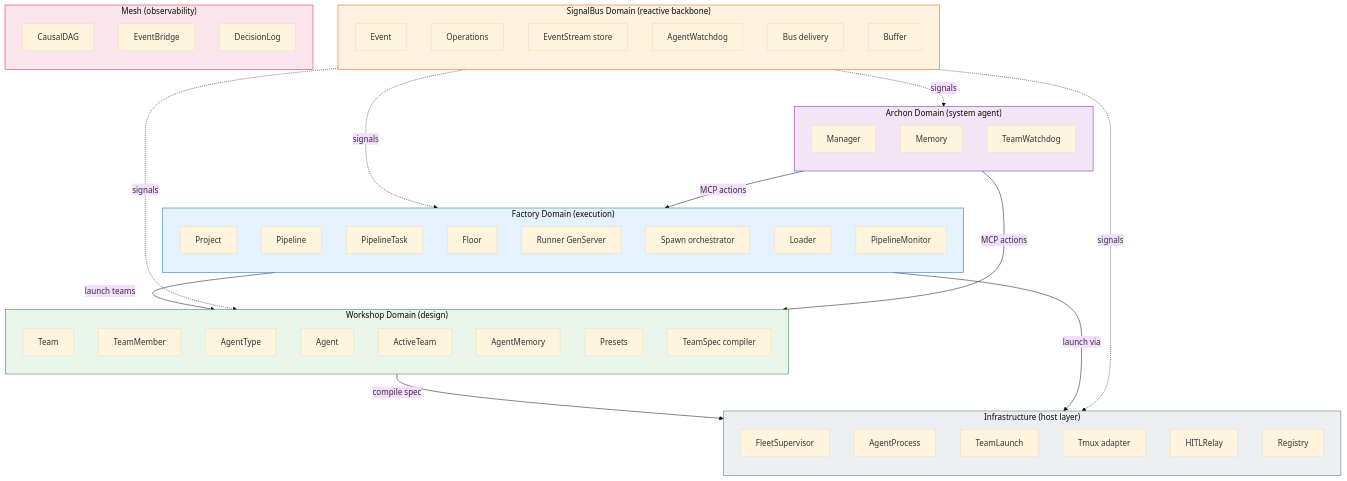
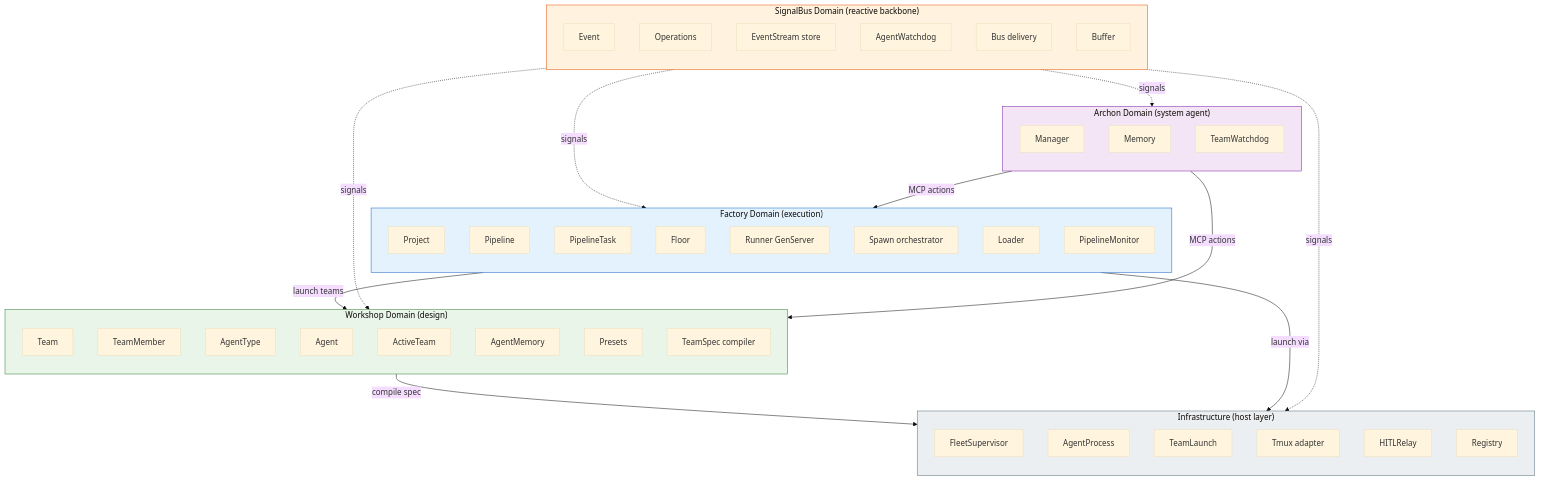
One commit to architects-of-type-IV/agent-observatory changed the sixth of 21 diagrams in docs/diagrams/architecture.md. Above: the diagram before and after it, drawn with Mermaid (base theme). The commit also changed other lines of this file and 9 other files, not shown here.

````diff
--- a/docs/diagrams/architecture.md
+++ b/docs/diagrams/architecture.md
@@ -230,77 +230,69 @@
 ```mermaid
 graph TB
     subgraph Workshop["Workshop Domain (design)"]
         direction TB
         Team[Team]
         TM[TeamMember]
         AT[AgentType]
         Agent[Agent]
         ActiveTeam[ActiveTeam]
         AM[AgentMemory]
         Presets[Presets]
         TS[TeamSpec compiler]
     end
 
     subgraph Factory["Factory Domain (execution)"]
         direction TB
         Project[Project]
         Pipeline[Pipeline]
         PT[PipelineTask]
         Floor[Floor]
         Runner[Runner GenServer]
         Spawn[Spawn orchestrator]
         Loader[Loader]
         PM[PipelineMonitor]
     end
 
     subgraph Archon["Archon Domain (system agent)"]
         direction TB
         Manager[Manager]
         Memory[Memory]
         TW[TeamWatchdog]
     end
 
     subgraph SignalBus["SignalBus Domain (reactive backbone)"]
         direction TB
         Event[Event]
         Ops[Operations]
         ES[EventStream store]
         AW[AgentWatchdog]
         Bus[Bus delivery]
         Buffer[Buffer]
     end
 
     subgraph Infra["Infrastructure (host layer)"]
         direction TB
         FS[FleetSupervisor]
         AP[AgentProcess]
         TL[TeamLaunch]
         Tmux[Tmux adapter]
         HITL[HITLRelay]
         Reg[Registry]
     end
 
-    subgraph Mesh["Mesh (observability)"]
-        direction TB
-        DAG[CausalDAG]
-        EB[EventBridge]
-        DL[DecisionLog]
-    end
-
     Workshop -->|"compile spec"| Infra
     Factory -->|"launch teams"| Workshop
     Factory -->|"launch via"| Infra
     SignalBus -.->|"signals"| Workshop
     SignalBus -.->|"signals"| Factory
     SignalBus -.->|"signals"| Archon
     SignalBus -.->|"signals"| Infra
     Archon -->|"MCP actions"| Workshop
     Archon -->|"MCP actions"| Factory
 
     style Workshop fill:#e8f5e8,stroke:#2e7d32
     style Factory fill:#e3f2fd,stroke:#1565c0
     style Archon fill:#f3e5f5,stroke:#7b1fa2
     style SignalBus fill:#fff3e0,stroke:#e65100
     style Infra fill:#eceff1,stroke:#546e7a
-    style Mesh fill:#fce4ec,stroke:#c62828
 ```
````
